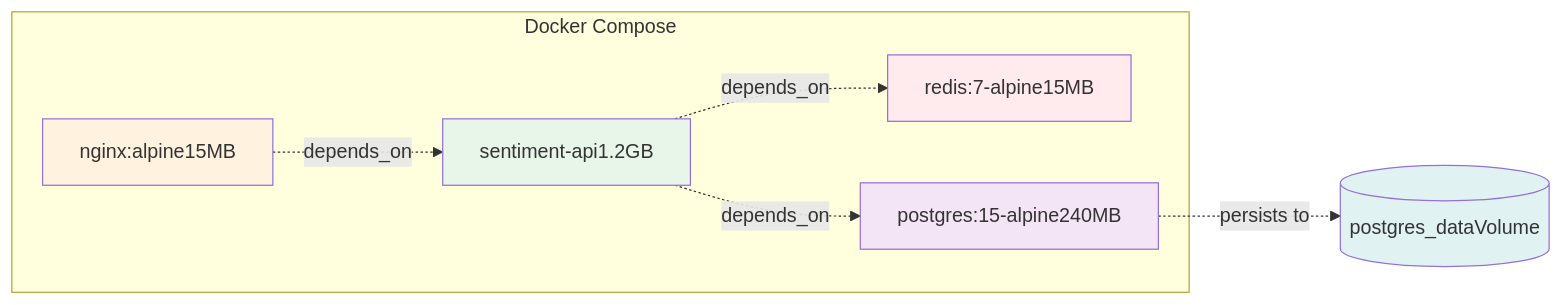
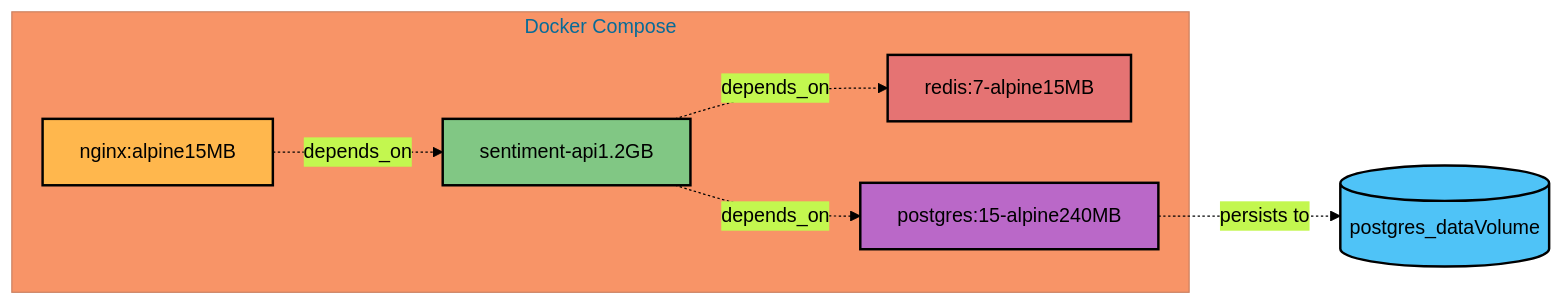
One commit to simplyarfan/Sentiment-API changed the third of 4 diagrams in README.md. Above: the diagram before and after it, drawn with Mermaid. The commit also changed other lines of this file, not shown here.

Commit message:
Improve Mermaid diagram visibility with vibrant colors and black text

````diff
--- a/README.md
+++ b/README.md
@@ -86,22 +87,23 @@
 ```mermaid
+%%{init: {'theme':'base', 'themeVariables': { 'primaryColor':'#4fc3f7','primaryTextColor':'#000','primaryBorderColor':'#000','lineColor':'#000'}}}%%
 graph LR
     subgraph "Docker Compose"
         N[nginx:alpine15MB]
         A[sentiment-api1.2GB]
         R[redis:7-alpine15MB]
         P[postgres:15-alpine240MB]
     end
     
     N -.->|depends_on| A
     A -.->|depends_on| R
     A -.->|depends_on| P
     
     V1[(postgres_dataVolume)]
     P -.->|persists to| V1
     
-    style N fill:#fff3e0
-    style A fill:#e8f5e9
-    style R fill:#ffebee
-    style P fill:#f3e5f5
-    style V1 fill:#e0f2f1
+    style N fill:#ffb74d,stroke:#000,stroke-width:2px,color:#000
+    style A fill:#81c784,stroke:#000,stroke-width:2px,color:#000
+    style R fill:#e57373,stroke:#000,stroke-width:2px,color:#000
+    style P fill:#ba68c8,stroke:#000,stroke-width:2px,color:#000
+    style V1 fill:#4fc3f7,stroke:#000,stroke-width:2px,color:#000
 ```
````
